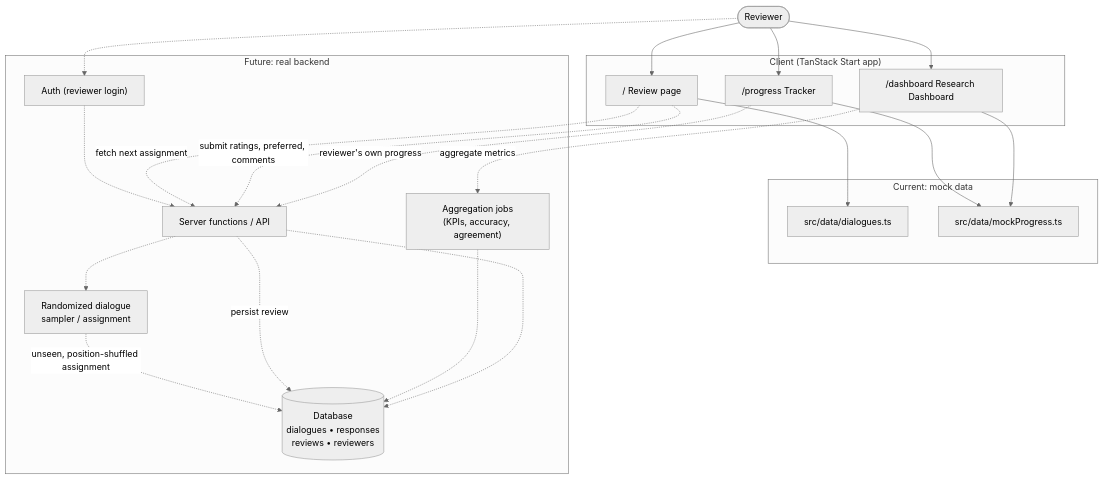
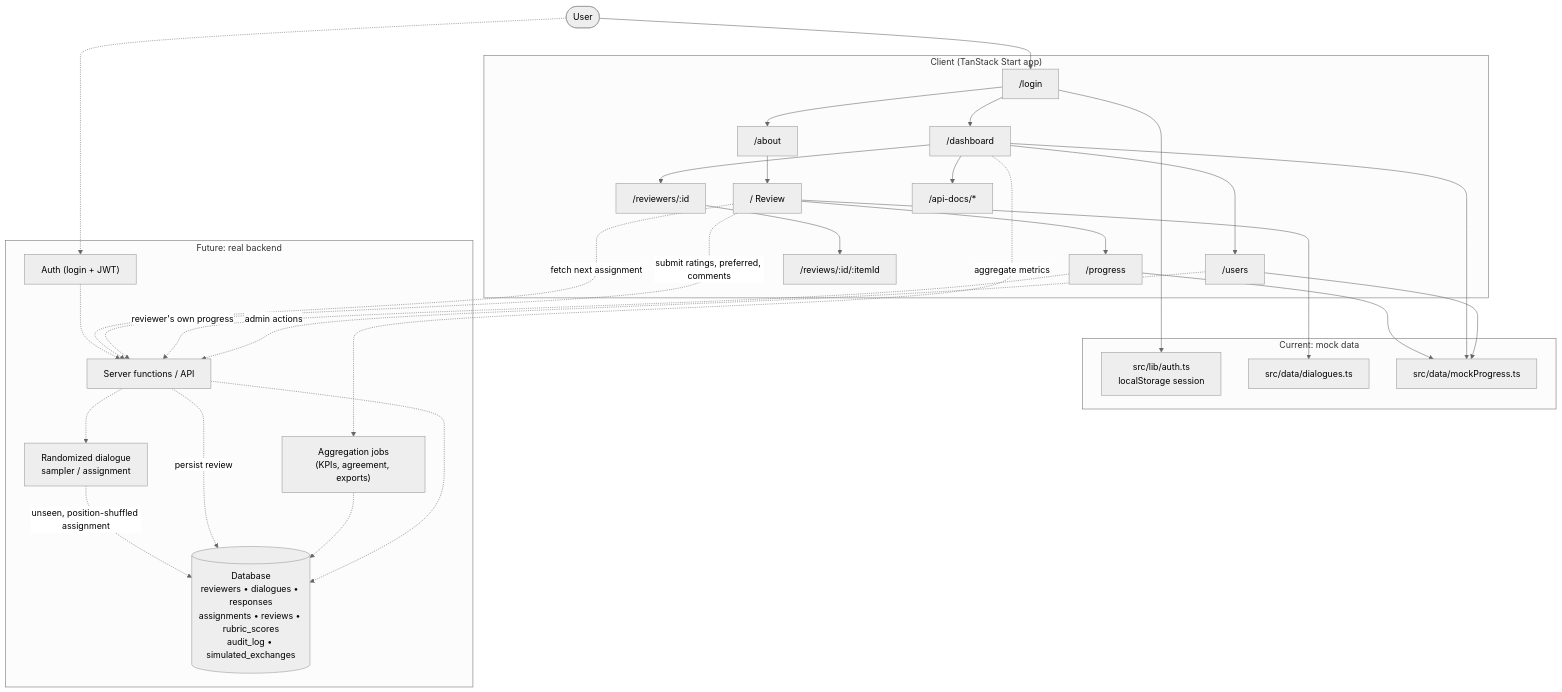
Before and after one commit to jayrosen-design/mira-reviewer: the diagram in README.md, drawn with Mermaid (neutral theme). The commit also changed other lines of this file, not shown here.

````diff
--- a/README.md
+++ b/README.md
@@ -97,43 +140,59 @@
 ```mermaid
 flowchart TD
-    Reviewer([Reviewer])
+    User([User])
 
     subgraph Client["Client (TanStack Start app)"]
-        ReviewPage["/ Review page"]
-        ProgressPage["/progress Tracker"]
-        DashboardPage["/dashboard Research Dashboard"]
+        Login["/login"]
+        About["/about"]
+        Review["/ Review"]
+        Progress["/progress"]
+        Dashboard["/dashboard"]
+        Users["/users"]
+        ReviewerDetail["/reviewers/:id"]
+        ReviewDetail["/reviews/:id/:itemId"]
+        ApiDocs["/api-docs/*"]
     end
 
     subgraph Mock["Current: mock data"]
+        AuthLib["src/lib/auth.ts<br/>localStorage session"]
         Dialogues["src/data/dialogues.ts"]
         ProgressData["src/data/mockProgress.ts"]
     end
 
     subgraph Real["Future: real backend"]
-        Auth["Auth (reviewer login)"]
+        Auth["Auth (login + JWT)"]
         API["Server functions / API"]
-        DB[("Database<br/>dialogues • responses<br/>reviews • reviewers")]
+        DB[("Database<br/>reviewers • dialogues • responses<br/>assignments • reviews • rubric_scores<br/>audit_log • simulated_exchanges")]
         Sampler["Randomized dialogue<br/>sampler / assignment"]
-        Aggregator["Aggregation jobs<br/>(KPIs, accuracy, agreement)"]
+        Aggregator["Aggregation jobs<br/>(KPIs, agreement, exports)"]
     end
 
-    Reviewer --> ReviewPage
-    Reviewer --> ProgressPage
-    Reviewer --> DashboardPage
+    User --> Login
+    Login --> About
+    Login --> Dashboard
+    About --> Review
+    Review --> Progress
+    Dashboard --> Users
+    Dashboard --> ReviewerDetail
+    ReviewerDetail --> ReviewDetail
+    Dashboard --> ApiDocs
 
-    ReviewPage --> Dialogues
-    ProgressPage --> ProgressData
-    DashboardPage --> ProgressData
+    Login --> AuthLib
+    Review --> Dialogues
+    Progress --> ProgressData
+    Dashboard --> ProgressData
+    Users --> ProgressData
 
-    Reviewer -.-> Auth
+    User -.-> Auth
     Auth -.-> API
-    ReviewPage -.->|fetch next assignment| API
+    Review -.->|fetch next assignment| API
     API -.-> Sampler
     Sampler -.->|unseen, position-shuffled assignment| DB
-    ReviewPage -.->|submit ratings, preferred, comments| API
+    Review -.->|submit ratings, preferred, comments| API
     API -.->|persist review| DB
-    ProgressPage -.->|reviewer's own progress| API
-    DashboardPage -.->|aggregate metrics| Aggregator
+    Progress -.->|reviewer's own progress| API
+    Dashboard -.->|aggregate metrics| Aggregator
+    Users -.->|admin actions| API
     Aggregator -.-> DB
     API -.-> DB
 ```
````
